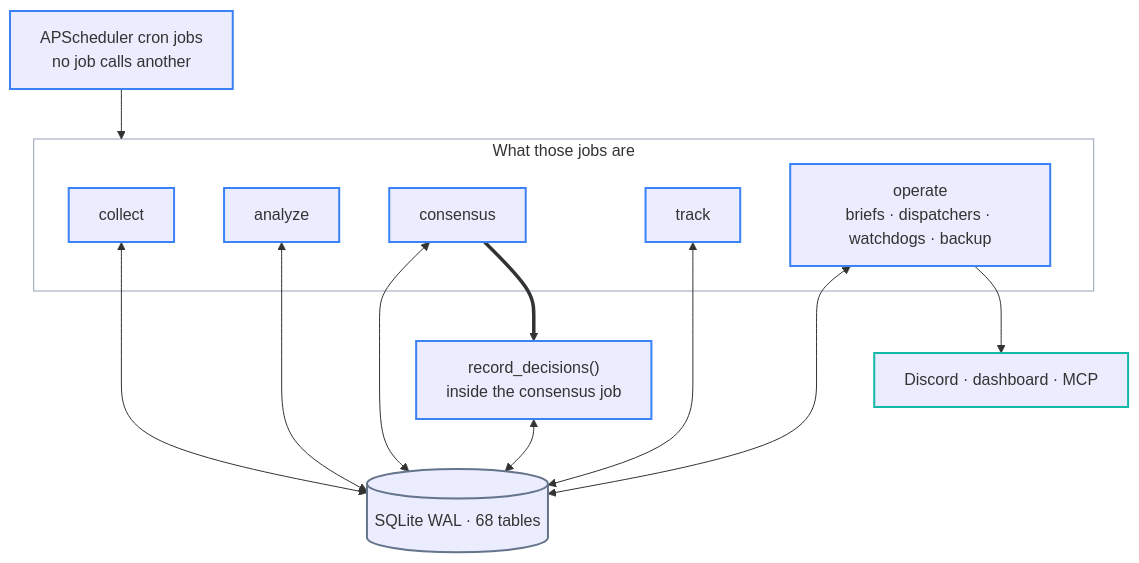
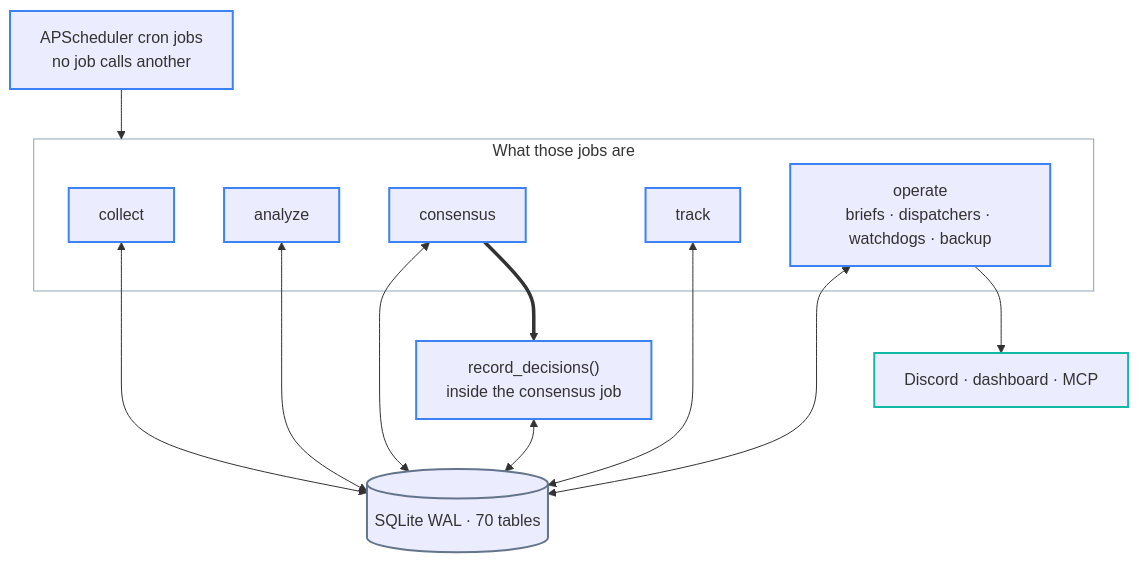
One commit to researcherhojin/nuri-quant changed the second of 4 diagrams in docs/ARCHITECTURE.md. Above: the diagram before and after it, drawn with Mermaid. The commit also changed other lines of this file and 13 other files, not shown here.

````diff
--- a/docs/ARCHITECTURE.md
+++ b/docs/ARCHITECTURE.md
@@ -99,35 +99,35 @@
 ```mermaid
 flowchart TB
     CLOCK["APScheduler cron jobs<br/>no job calls another"]
 
     subgraph JOBS["What those jobs are"]
         JC["collect"]
         JA["analyze"]
         JD["consensus"]
         JT["track"]
         JO["operate<br/>briefs · dispatchers · watchdogs · backup"]
     end
 
-    DB[("SQLite WAL · 68 tables")]
+    DB[("SQLite WAL · 70 tables")]
     RD["record_decisions()<br/>inside the consensus job"]
     OUT["Discord · dashboard · MCP"]
 
     CLOCK --> JOBS
     JC <--> DB
     JA <--> DB
     JD <--> DB
     JD ==> RD
     RD <--> DB
     JT <--> DB
     JO <--> DB
     JO --> OUT
 
     classDef step  stroke:#3b82f6,stroke-width:2px
     classDef store stroke:#64748b,stroke-width:2px
     classDef out   stroke:#14b8a6,stroke-width:2px
     classDef zone  fill:none,stroke:#94a3b8,stroke-width:1px
     class CLOCK,JC,JA,JD,JT,JO,RD step
     class DB store
     class OUT out
     class JOBS zone
 ```
````
